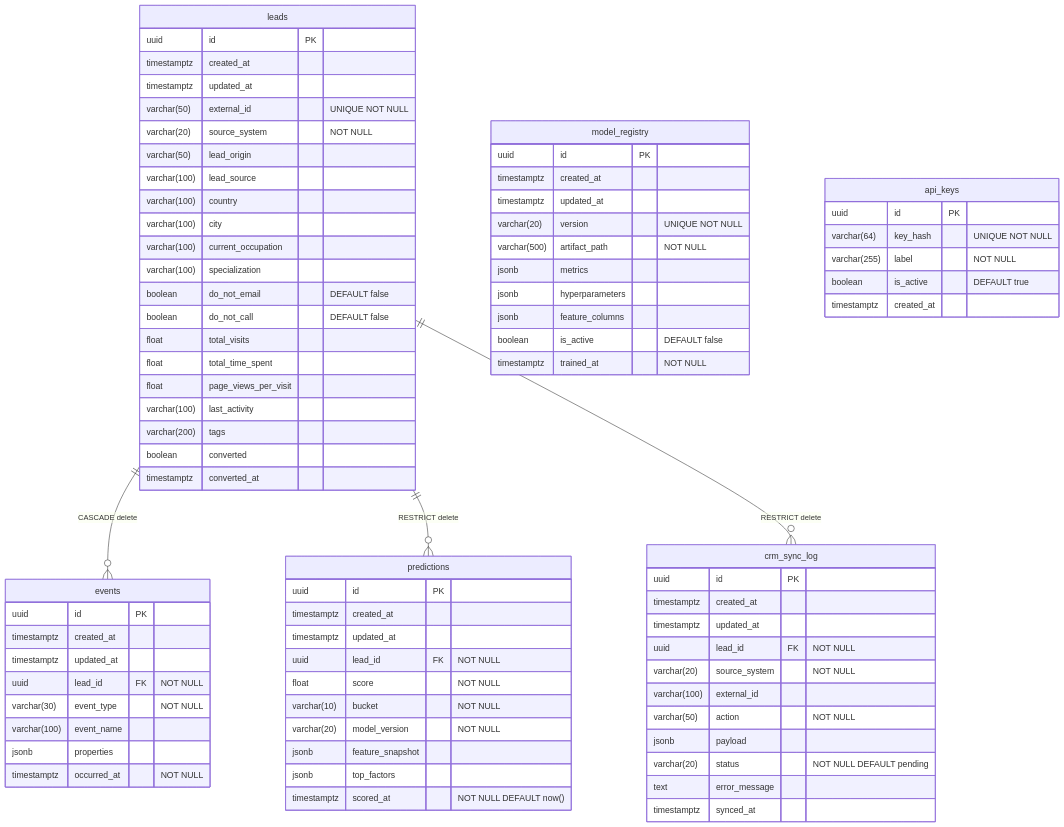
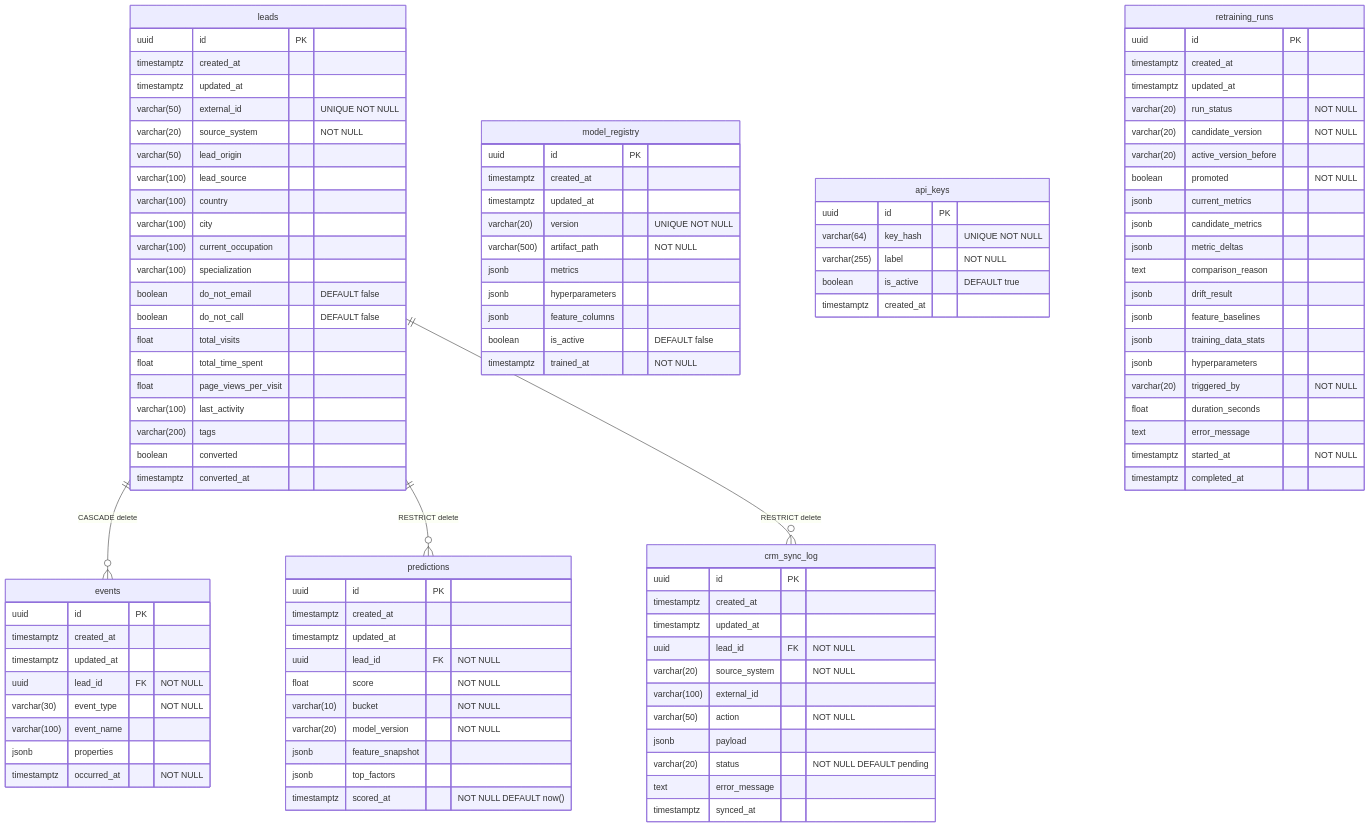
The diagram in docs/database.md (asong65535/lead-scoring), drawn with Mermaid before and after one commit. The commit also changed other lines of this file and 4 other files, not shown here.

Commit message:
docs: update architecture, deployment, ML, config, and DB docs for Phase 9

```diff
--- a/docs/database.md
+++ b/docs/database.md
@@ -90,6 +90,29 @@
         timestamptz created_at
     }
 
+    retraining_runs {
+        uuid id PK
+        timestamptz created_at
+        timestamptz updated_at
+        varchar(20) run_status "NOT NULL"
+        varchar(20) candidate_version "NOT NULL"
+        varchar(20) active_version_before
+        boolean promoted "NOT NULL"
+        jsonb current_metrics
+        jsonb candidate_metrics
+        jsonb metric_deltas
+        text comparison_reason
+        jsonb drift_result
+        jsonb feature_baselines
+        jsonb training_data_stats
+        jsonb hyperparameters
+        varchar(20) triggered_by "NOT NULL"
+        float duration_seconds
+        text error_message
+        timestamptz started_at "NOT NULL"
+        timestamptz completed_at
+    }
+
     leads ||--o{ events : "CASCADE delete"
     leads ||--o{ predictions : "RESTRICT delete"
     leads ||--o{ crm_sync_log : "RESTRICT delete"
```
